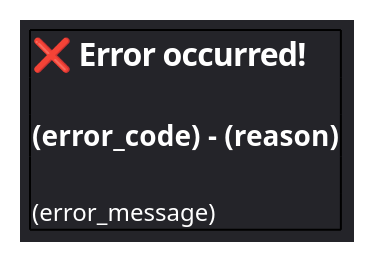
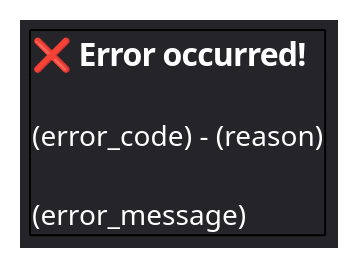
The diagram in bot-ui/exception/exception.puml (vnmc-ecosystem/vnmc-designs), drawn with PlantUML before and after one commit. The commit also changed 11 other files, not shown here.

```diff
--- a/bot-ui/exception/exception.puml
+++ b/bot-ui/exception/exception.puml
@@ -1,14 +1,14 @@
 @startsalt exception
 	<style>
 		saltDiagram {
 			BackgroundColor #242429
 		}
 	</style>
 	{+
-		== <color:#ffffff>❌ Error occurred!
+		<b><color:#ffffff><size:16>❌ Error occurred!</b>
 		.
-		=== <color:#ffffff>(error_code) - (reason)
+		<color:#ffffff><size:14>(error_code) - (reason)
 		.
-		<color:#ffffff>(error_message)
+		<color:#ffffff><size:14>(error_message)
 	}
 @endsalt
```
